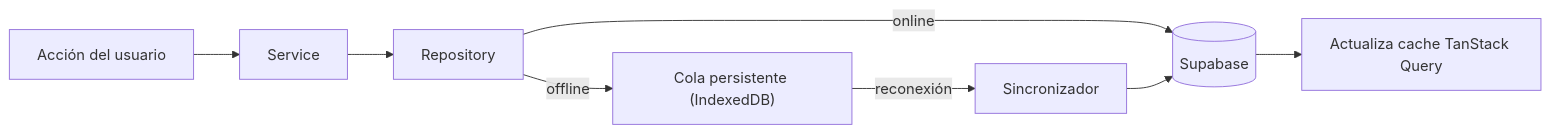
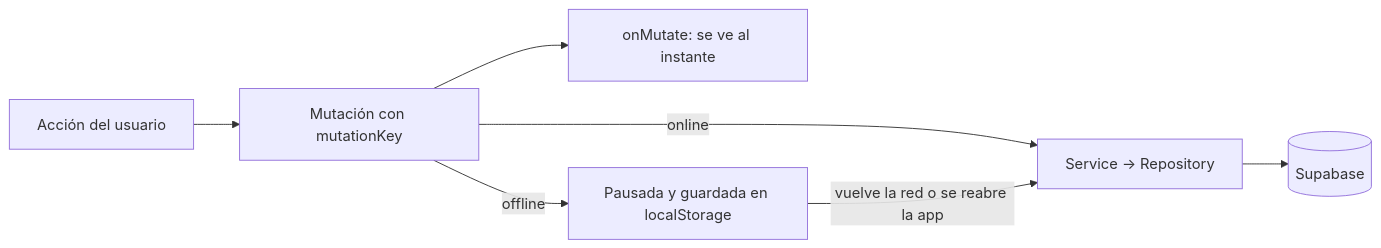
Before and after one commit to ccamilomc/nexus: the diagram in docs/13-offline-y-pwa.md, drawn with Mermaid. The commit also changed other lines of this file and 20 other files, not shown here.

````diff
--- a/docs/13-offline-y-pwa.md
+++ b/docs/13-offline-y-pwa.md
@@ -27,10 +33,8 @@
 ```mermaid
 flowchart LR
-    UI["Acción del usuario"] --> S["Service"]
-    S --> R["Repository"]
-    R -->|online| SB[("Supabase")]
-    R -->|offline| Q["Cola persistente (IndexedDB)"]
-    Q -->|reconexión| SYNC["Sincronizador"]
-    SYNC --> SB
-    SB --> QC["Actualiza cache TanStack Query"]
+    UI["Acción del usuario"] --> M["Mutación con mutationKey"]
+    M --> OPT["onMutate: se ve al instante"]
+    M -->|online| S["Service → Repository"] --> SB[("Supabase")]
+    M -->|offline| P["Pausada y guardada en localStorage"]
+    P -->|"vuelve la red o se reabre la app"| S
 ```
````
